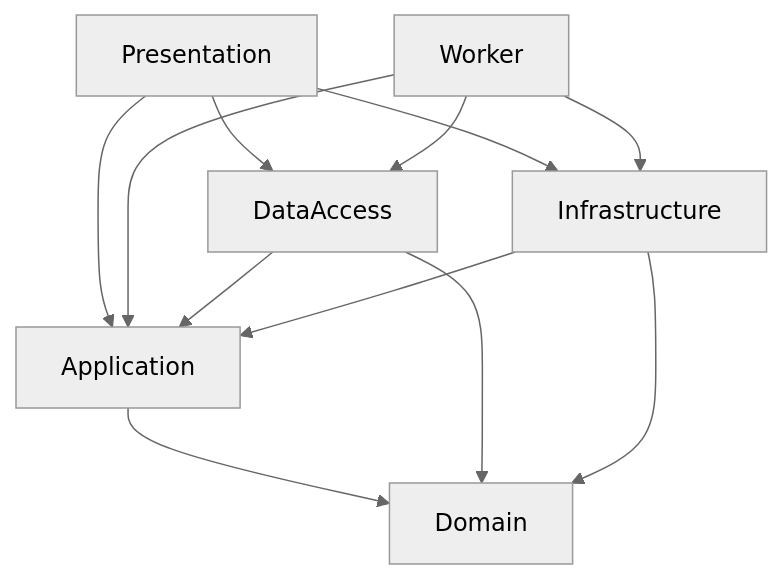
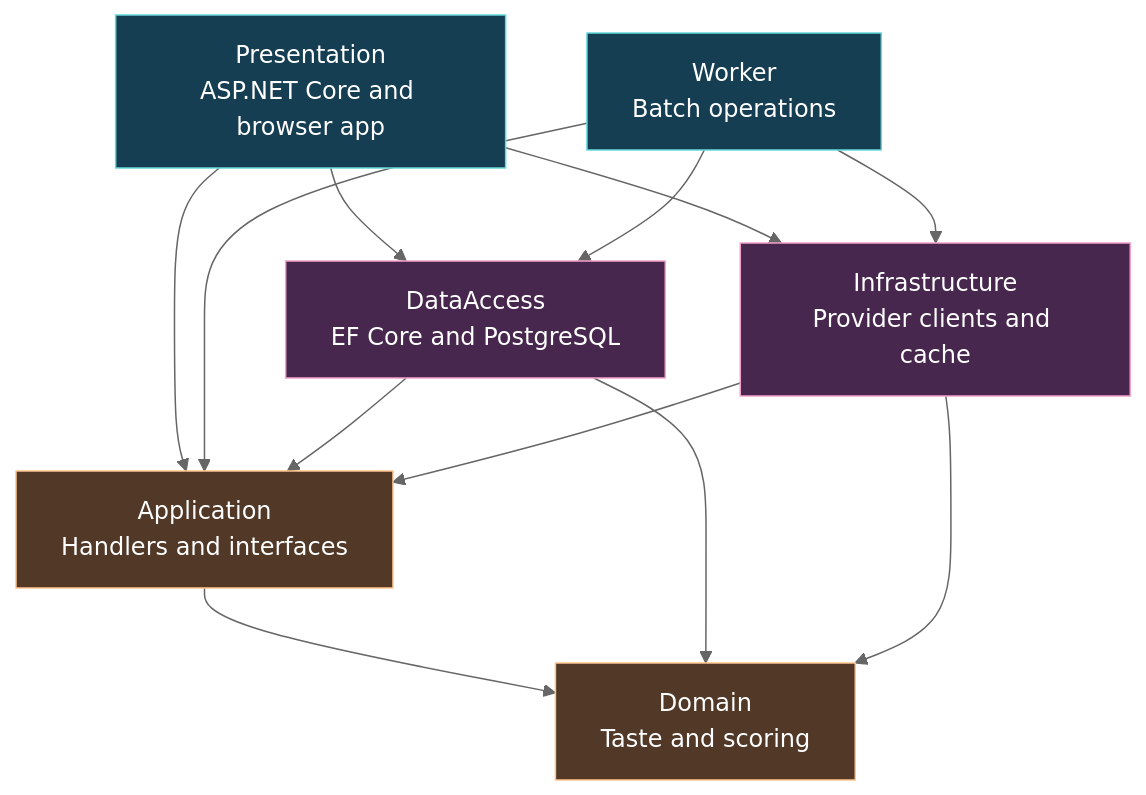
Before and after one commit to Jafarli-Mahammad/Liner-Notes: the second of 4 diagrams in README-Developer.md, drawn with Mermaid (neutral theme). The commit also changed other lines of this file and 2 other files, not shown here.

Commit message:
Restore README diagrams and Nebula [skip ci]

````diff
--- a/README-Developer.md
+++ b/README-Developer.md
@@ -56,14 +80,20 @@
 ```mermaid
 flowchart TB
-    Web[Presentation] --> App[Application]
-    Worker[Worker] --> App
-    Web --> Data[DataAccess]
+    Web["Presentation<br/>ASP.NET Core and browser app"] --> App["Application<br/>Handlers and interfaces"]
+    Worker["Worker<br/>Batch operations"] --> App
+    Web --> Data["DataAccess<br/>EF Core and PostgreSQL"]
     Worker --> Data
-    Web --> Infra[Infrastructure]
+    Web --> Infra["Infrastructure<br/>Provider clients and cache"]
     Worker --> Infra
     Data --> App
     Infra --> App
-    App --> Domain[Domain]
+    App --> Domain["Domain<br/>Taste and scoring"]
     Data --> Domain
     Infra --> Domain
+    classDef host fill:#153e53,color:#fff,stroke:#67d8da
+    classDef adapter fill:#48274e,color:#fff,stroke:#f4a1ca
+    classDef core fill:#513827,color:#fff,stroke:#ffc58f
+    class Web,Worker host
+    class Data,Infra adapter
+    class App,Domain core
 ```
````
